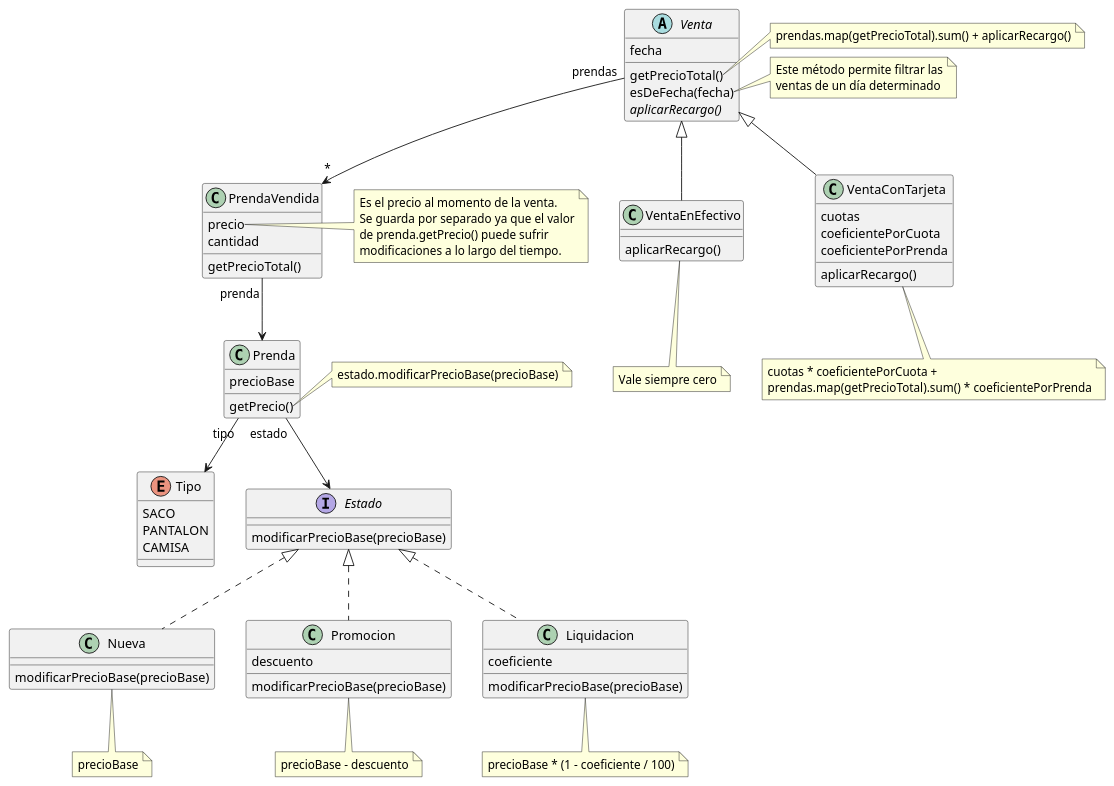
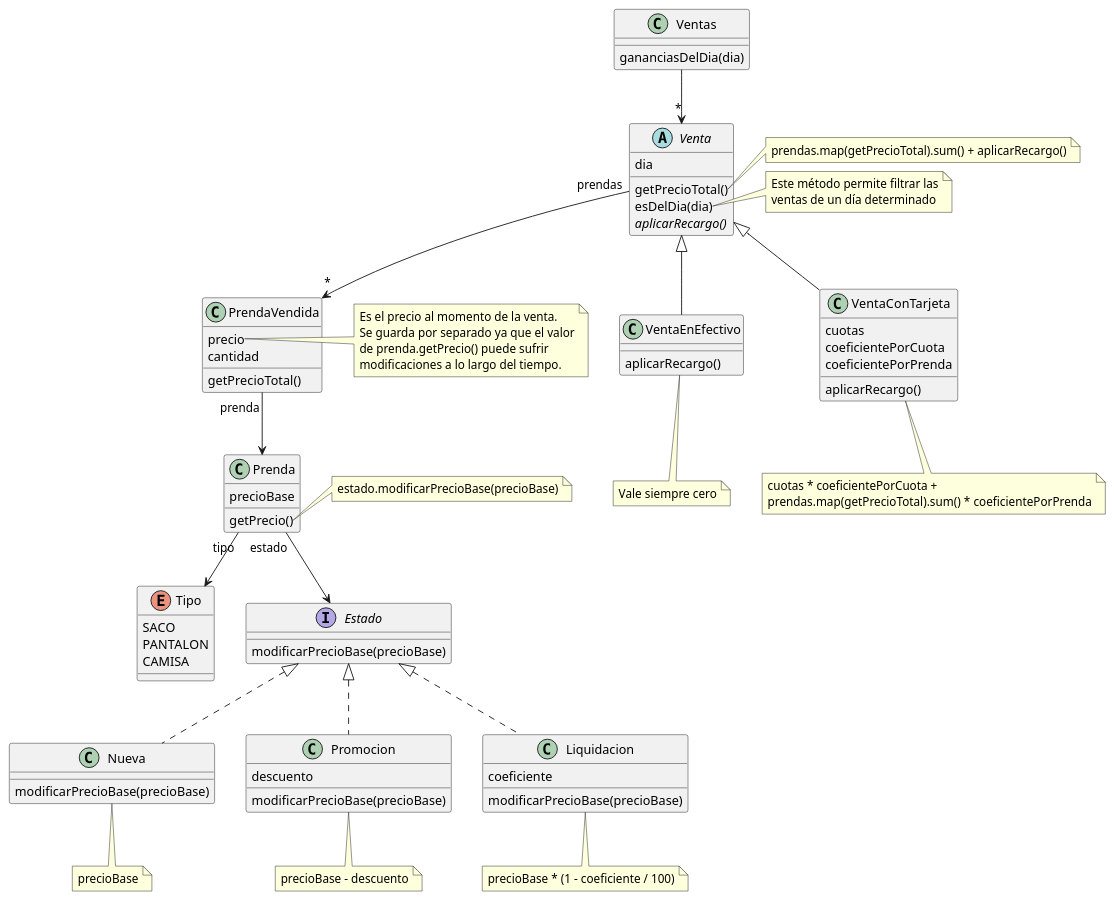
Before and after one commit to RaniAgus/dds-jv-2022-macowins: the diagram in docs/diagram.puml, drawn with PlantUML. The commit also changed 5 other files, not shown here.

```diff
--- a/docs/diagram.puml
+++ b/docs/diagram.puml
@@ -1,113 +1,119 @@
 @startuml
+class Ventas {
+  gananciasDelDia(dia)
+}
+
+Ventas --> "*" Venta
+
 abstract class Venta {
-  fecha
+  dia
   getPrecioTotal()
-  esDeFecha(fecha)
+  esDelDia(dia)
   {abstract} aplicarRecargo()
 }
 
 Venta "prendas" --> "*" PrendaVendida
 
 note right of Venta::getPrecioTotal
   prendas.map(getPrecioTotal).sum() + aplicarRecargo()
 end note
 
-note right of Venta::esDeFecha
+note right of Venta::esDelDia
   Este método permite filtrar las
   ventas de un día determinado
 end note
 
 class VentaEnEfectivo extends Venta {
   aplicarRecargo()
 }
 
 note as RecargoEfectivo
   Vale siempre cero
 end note
 
 VentaEnEfectivo .. RecargoEfectivo
 
 class VentaConTarjeta extends Venta {
   cuotas
   coeficientePorCuota
   coeficientePorPrenda
   aplicarRecargo()
 }
 
 note as RecargoTarjeta
   cuotas * coeficientePorCuota + 
   prendas.map(getPrecioTotal).sum() * coeficientePorPrenda
 end note
 
 VentaConTarjeta .. RecargoTarjeta
 
 class PrendaVendida {
   precio
   cantidad
   getPrecioTotal()
 }
 
 PrendaVendida "prenda" --> Prenda
 
 note right of PrendaVendida::precio
   Es el precio al momento de la venta. 
   Se guarda por separado ya que el valor
   de prenda.getPrecio() puede sufrir 
   modificaciones a lo largo del tiempo.
 end note
 
 class Prenda {
   precioBase
   getPrecio()
 }
 
 Prenda "tipo" --> Tipo
 Prenda "estado" --> Estado
 
 note right of Prenda::getPrecio
   estado.modificarPrecioBase(precioBase)
 end note
 
 enum Tipo {
   SACO
   PANTALON
   CAMISA
 }
 
 interface Estado {
   modificarPrecioBase(precioBase)
 }
 
 class Nueva implements Estado {
   modificarPrecioBase(precioBase)
 }
 
 note as NuevaCalculo
 precioBase
 end note
 
 Nueva .. NuevaCalculo
 
 class Promocion implements Estado {
   descuento
   modificarPrecioBase(precioBase)
 }
 
 note as PromocionCalculo
   precioBase - descuento
 end note
 
 Promocion .. PromocionCalculo
 
 class Liquidacion implements Estado {
   coeficiente
   modificarPrecioBase(precioBase)
 }
 
 note as LiquidacionCalculo
   precioBase * (1 - coeficiente / 100)
 end note
 
 Liquidacion .. LiquidacionCalculo
 
 @enduml
```
